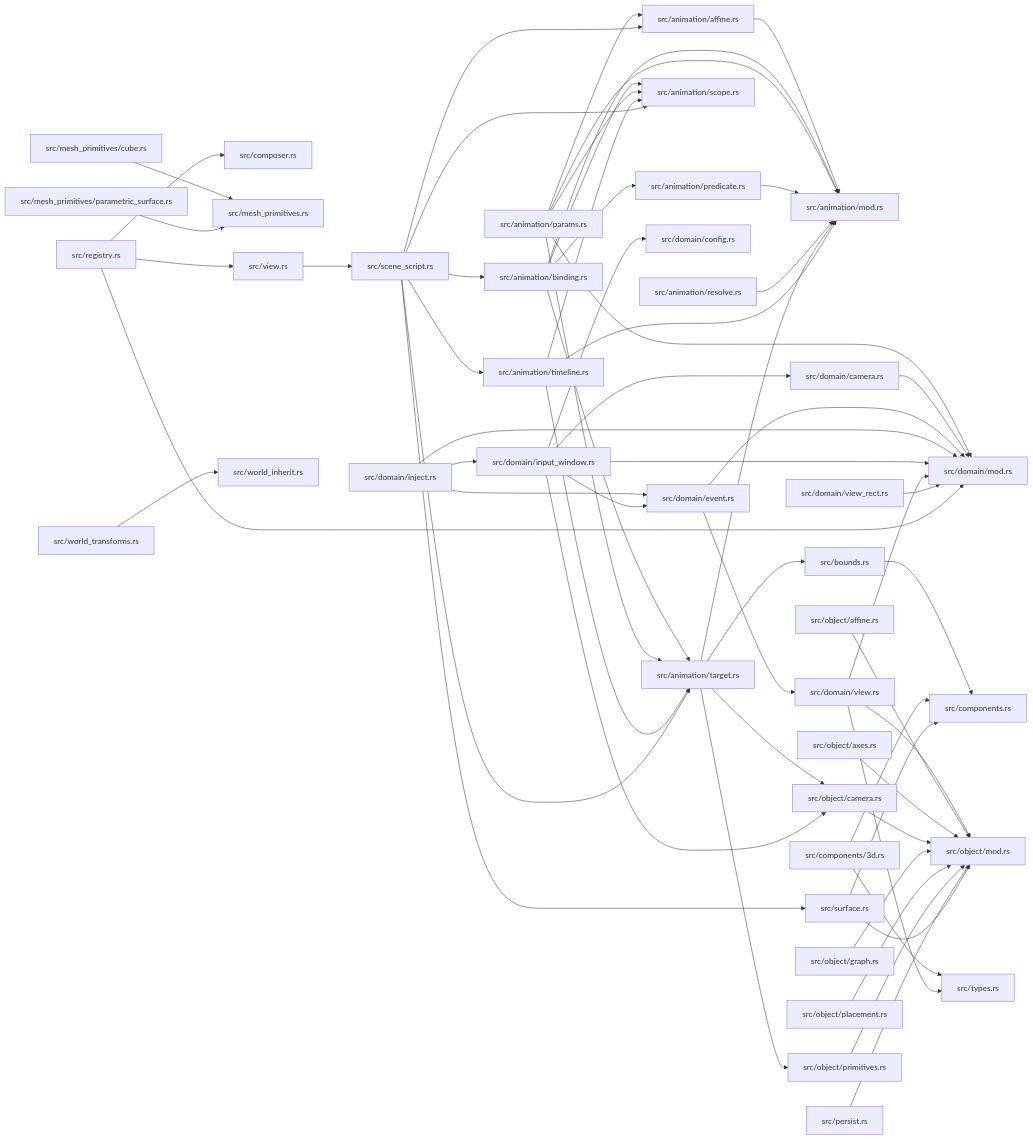
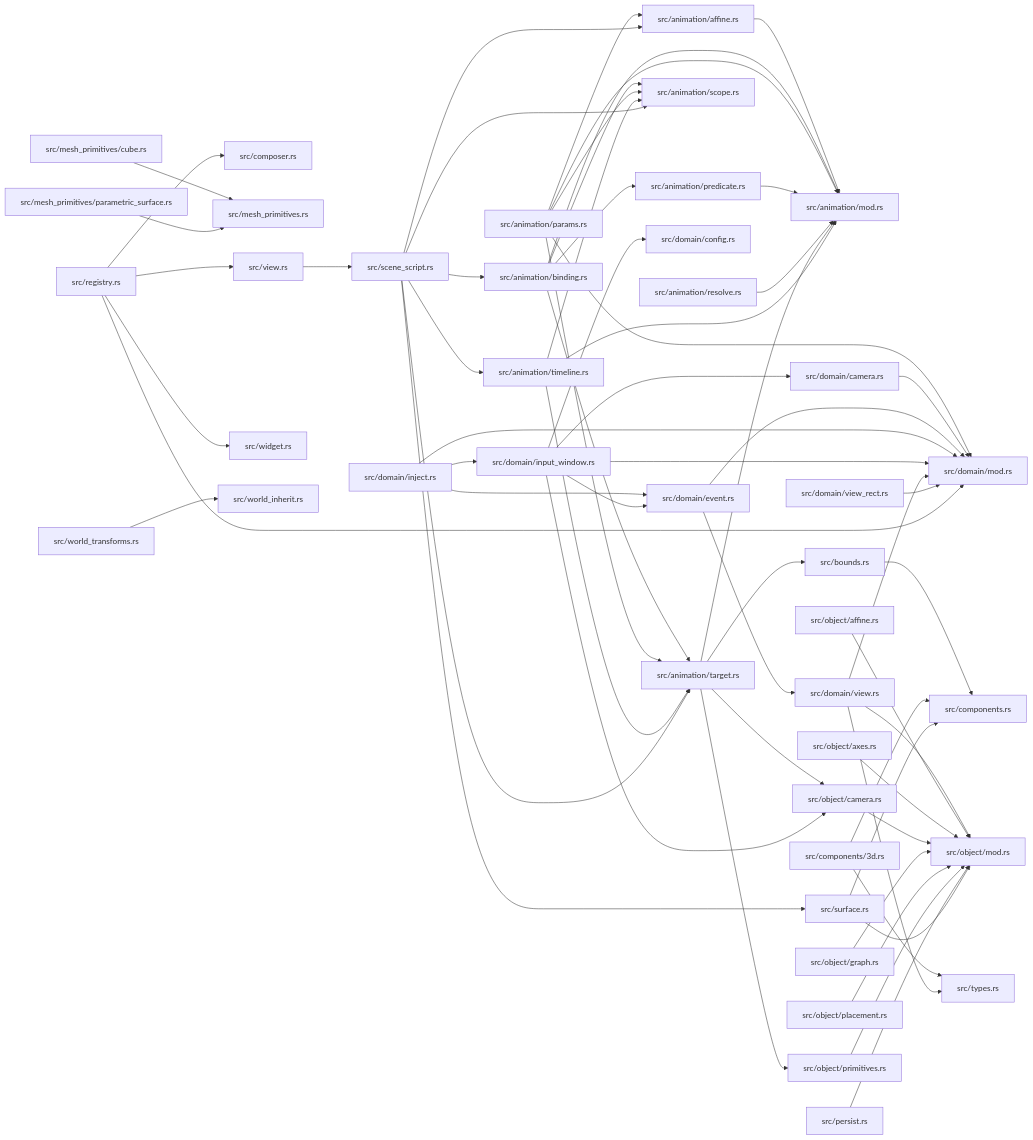
The diagram in docs/modules/ze-scene-core.md (xcrtp/zela), drawn with Mermaid before and after one commit. The commit also changed other lines of this file and 44 other files, not shown here.

````diff
--- a/docs/modules/ze-scene-core.md
+++ b/docs/modules/ze-scene-core.md
@@ -104,12 +105,13 @@
     f11["src/object/primitives.rs"]
     f31["src/persist.rs"]
     f32["src/registry.rs"]
-    f35["src/scene_script.rs"]
-    f36["src/surface.rs"]
+    f36["src/scene_script.rs"]
+    f37["src/surface.rs"]
     f15["src/types.rs"]
     f34["src/view.rs"]
-    f38["src/world_inherit.rs"]
-    f37["src/world_transforms.rs"]
+    f35["src/widget.rs"]
+    f39["src/world_inherit.rs"]
+    f38["src/world_transforms.rs"]
     f0 --> f1
     f2 --> f1
     f2 --> f3
@@ -159,14 +161,15 @@
     f32 --> f33
     f32 --> f7
     f32 --> f34
-    f35 --> f0
-    f35 --> f2
-    f35 --> f4
-    f35 --> f5
-    f35 --> f12
-    f35 --> f36
-    f36 --> f13
-    f36 --> f22
-    f34 --> f35
-    f37 --> f38
+    f32 --> f35
+    f36 --> f0
+    f36 --> f2
+    f36 --> f4
+    f36 --> f5
+    f36 --> f12
+    f36 --> f37
+    f37 --> f13
+    f37 --> f22
+    f34 --> f36
+    f38 --> f39
 ```
````
